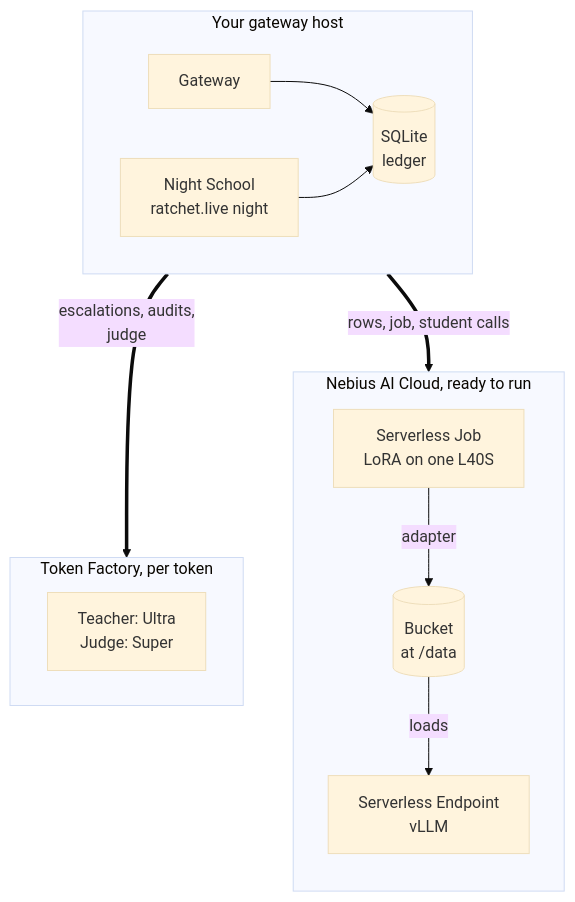
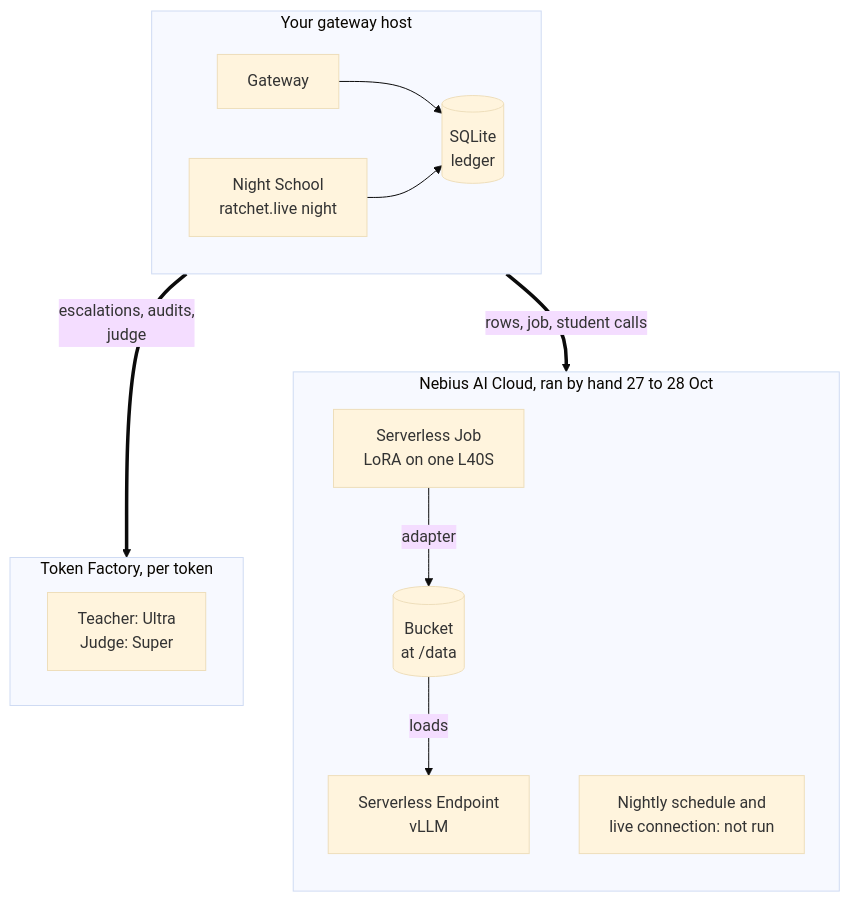
Before and after one commit to harshbhx/ratchet: the first of 4 diagrams in docs-site/src/content/docs/guides/training-on-your-data.mdx, drawn with Mermaid (base theme). The commit also changed other lines of this file and 61 other files, not shown here.

Commit message:
Docs sweep, 29 Oct: green for what ran on Nebius, amber for what has not (#106)

````diff
--- a/docs-site/src/content/docs/guides/training-on-your-data.mdx
+++ b/docs-site/src/content/docs/guides/training-on-your-data.mdx
@@ -84,24 +90,26 @@
 ```mermaid
 flowchart TB
   subgraph Host["Your gateway host"]
     direction LR
     GW["Gateway"] --> DB[("SQLite<br/>ledger")]
     NS["Night School<br/>ratchet.live night"] --> DB
   end
   subgraph TF["Token Factory, per token"]
     TEA["Teacher: Ultra<br/>Judge: Super"]
   end
-  subgraph Neb["Nebius AI Cloud, ready to run"]
+  subgraph Neb["Nebius AI Cloud, ran by hand 27 to 28 Oct"]
     direction TB
     JOB["Serverless Job<br/>LoRA on one L40S"] -->|"adapter"| BK[("Bucket<br/>at /data")]
     BK -->|"loads"| EP["Serverless Endpoint<br/>vLLM"]
+    NIGHT["Nightly schedule and<br/>live connection: not run"]
   end
   Host ==>|"escalations, audits,<br/>judge"| TF
   Host ==>|"rows, job, student calls"| Neb
 
   class DB,BK store
   class TEA teacher
-  class JOB,EP pending
+  class JOB,EP ok
+  class NIGHT pending
   class TF teacherZone
-  class Neb pendingZone
+  class Neb okZone
 ```
````
